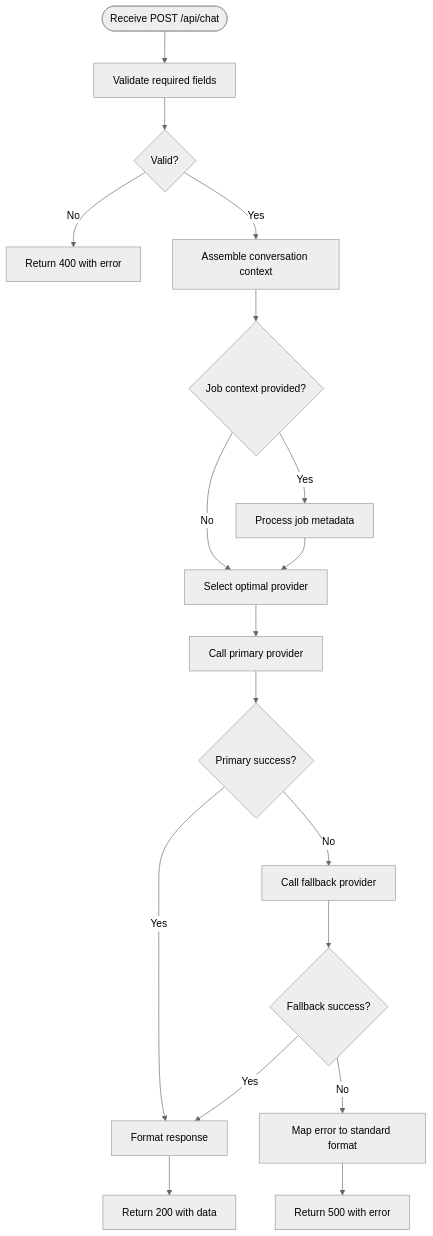
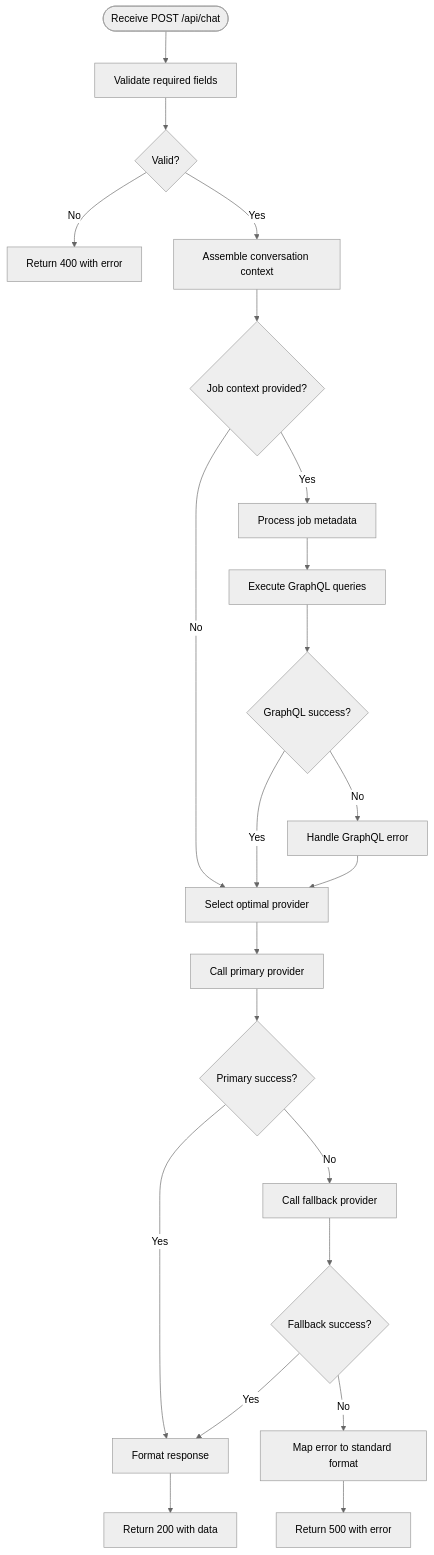
The fifth of 9 diagrams in .qoder/repowiki/en/content/API Reference/Chat API.md (zmyeo54/briefroom), drawn with Mermaid (neutral theme) before and after one commit. The commit also changed other lines of this file and 13 other files, not shown here.

````diff
--- a/.qoder/repowiki/en/content/API Reference/Chat API.md
+++ b/.qoder/repowiki/en/content/API Reference/Chat API.md
@@ -300,20 +323,24 @@
 ```mermaid
 flowchart TD
 Start(["Receive POST /api/chat"]) --> Validate["Validate required fields"]
 Validate --> Valid{"Valid?"}
 Valid --> |No| Return400["Return 400 with error"]
 Valid --> |Yes| Assemble["Assemble conversation context"]
 Assemble --> CheckJob{"Job context provided?"}
 CheckJob --> |Yes| ProcessJob["Process job metadata"]
 CheckJob --> |No| SelectProvider["Select optimal provider"]
-ProcessJob --> SelectProvider
+ProcessJob --> GQLFetch["Execute GraphQL queries"]
+GQLFetch --> GQLRetry{"GraphQL success?"}
+GQLRetry --> |No| HandleGQLError["Handle GraphQL error"]
+GQLRetry --> |Yes| SelectProvider
+HandleGQLError --> SelectProvider
 SelectProvider --> CallPrimary["Call primary provider"]
 CallPrimary --> PrimarySuccess{"Primary success?"}
 PrimarySuccess --> |Yes| Format["Format response"]
 PrimarySuccess --> |No| CallFallback["Call fallback provider"]
 CallFallback --> FallbackSuccess{"Fallback success?"}
 FallbackSuccess --> |Yes| Format
 FallbackSuccess --> |No| MapError["Map error to standard format"]
 MapError --> Return500["Return 500 with error"]
 Format --> Return200["Return 200 with data"]
 ```
````
